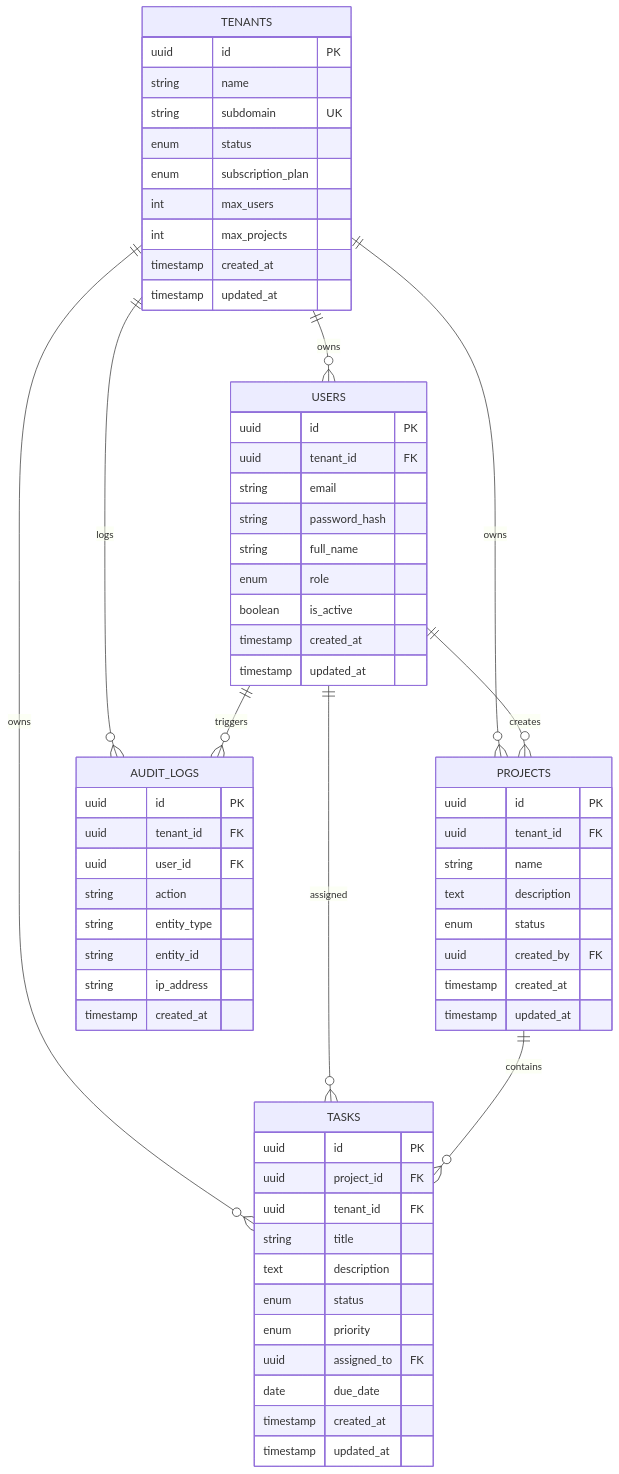
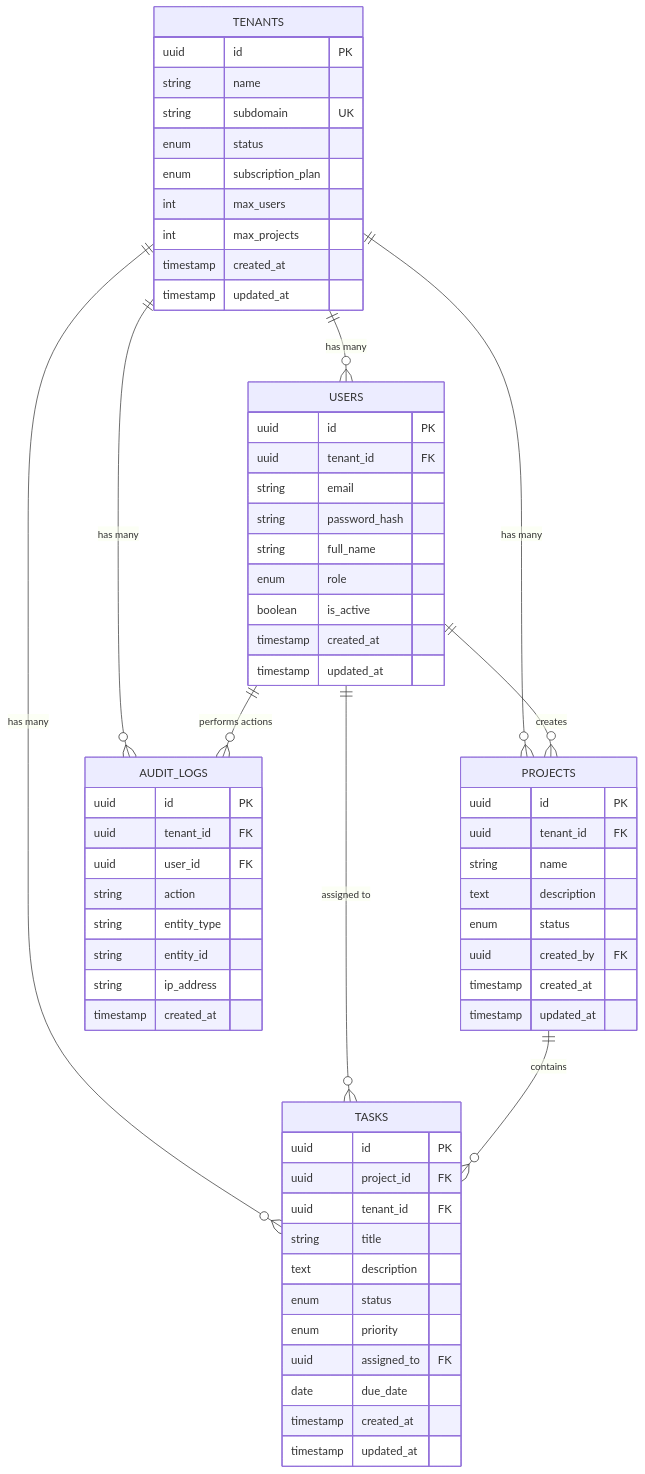
The third of 4 diagrams in docs/architecture.md (navya1129/multi-tenant-saas), drawn with Mermaid before and after one commit. The commit also changed other lines of this file and 26 other files, not shown here.

````diff
--- a/docs/architecture.md
+++ b/docs/architecture.md
@@ -98,73 +88,73 @@
 ```mermaid
 erDiagram
-    TENANTS ||--o{ USERS : owns
-    TENANTS ||--o{ PROJECTS : owns
-    TENANTS ||--o{ TASKS : owns
-    TENANTS ||--o{ AUDIT_LOGS : logs
+    TENANTS ||--o{ USERS : "has many"
+    TENANTS ||--o{ PROJECTS : "has many"
+    TENANTS ||--o{ TASKS : "has many"
+    TENANTS ||--o{ AUDIT_LOGS : "has many"
     
-    USERS ||--o{ PROJECTS : creates
-    USERS ||--o{ TASKS : assigned
-    USERS ||--o{ AUDIT_LOGS : triggers
+    USERS ||--o{ PROJECTS : "creates"
+    USERS ||--o{ TASKS : "assigned to"
+    USERS ||--o{ AUDIT_LOGS : "performs actions"
     
-    PROJECTS ||--o{ TASKS : contains
+    PROJECTS ||--o{ TASKS : "contains"
     
     TENANTS {
         uuid id PK
         string name
         string subdomain UK
         enum status
         enum subscription_plan
         int max_users
         int max_projects
         timestamp created_at
         timestamp updated_at
     }
     
     USERS {
         uuid id PK
         uuid tenant_id FK
         string email
         string password_hash
         string full_name
         enum role
         boolean is_active
         timestamp created_at
         timestamp updated_at
     }
     
     PROJECTS {
         uuid id PK
         uuid tenant_id FK
         string name
         text description
         enum status
         uuid created_by FK
         timestamp created_at
         timestamp updated_at
     }
     
     TASKS {
         uuid id PK
         uuid project_id FK
         uuid tenant_id FK
         string title
         text description
         enum status
         enum priority
         uuid assigned_to FK
         date due_date
         timestamp created_at
         timestamp updated_at
     }
     
     AUDIT_LOGS {
         uuid id PK
         uuid tenant_id FK
         uuid user_id FK
         string action
         string entity_type
         string entity_id
         string ip_address
         timestamp created_at
     }
 ```
````
